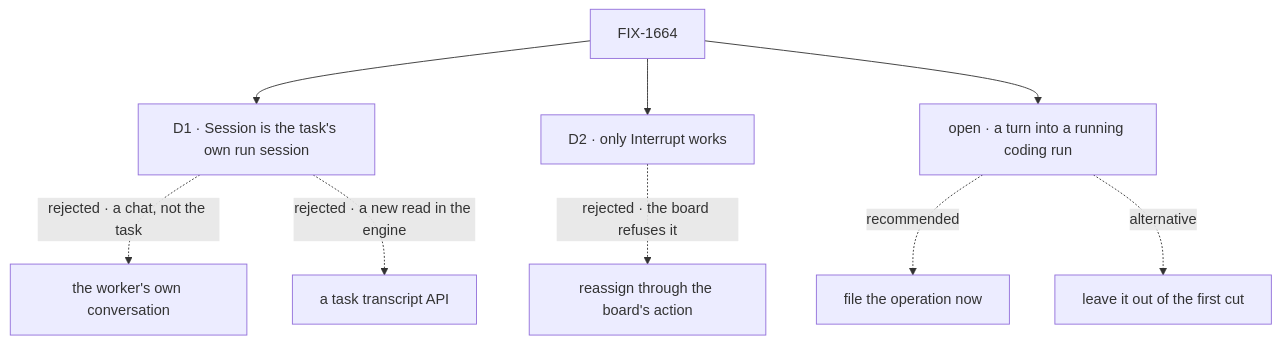
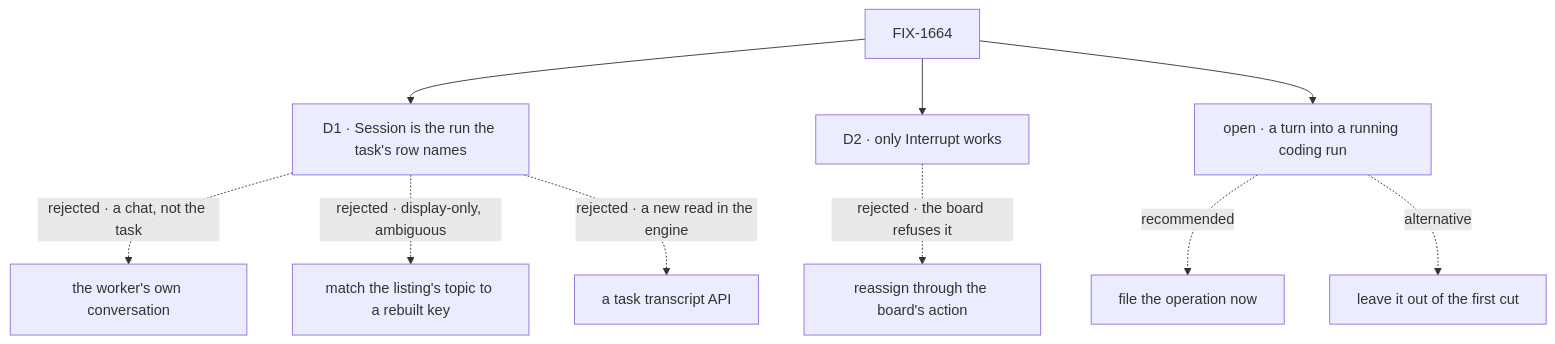
Before and after one commit to fixpoint-labs/flow-state-dev: the diagram in specs/issues/FIX-1664/DECISIONS.md, drawn with Mermaid. The commit also changed other lines of this file and 6 other files, not shown here.

First line of the commit message:
spec(FIX-1664): amend task-to-run association and metrics source

````diff
--- a/specs/issues/FIX-1664/DECISIONS.md
+++ b/specs/issues/FIX-1664/DECISIONS.md
@@ -10,11 +10,12 @@
 ```mermaid
 flowchart TD
-  I["FIX-1664"] --> D1["D1 · Session is the task's own run session"]
+  I["FIX-1664"] --> D1["D1 · Session is the run the task's row names"]
   D1 -.->|"rejected · a chat, not the task"| X1["the worker's own conversation"]
+  D1 -.->|"rejected · display-only, ambiguous"| X1c["match the listing's topic to a rebuilt key"]
   D1 -.->|"rejected · a new read in the engine"| X1b["a task transcript API"]
   I --> D2["D2 · only Interrupt works"]
   D2 -.->|"rejected · the board refuses it"| X2["reassign through the board's action"]
   I --> O1["open · a turn into a running coding run"]
   O1 -.->|"recommended"| Y1["file the operation now"]
   O1 -.->|"alternative"| Y2["leave it out of the first cut"]
 ```
````
